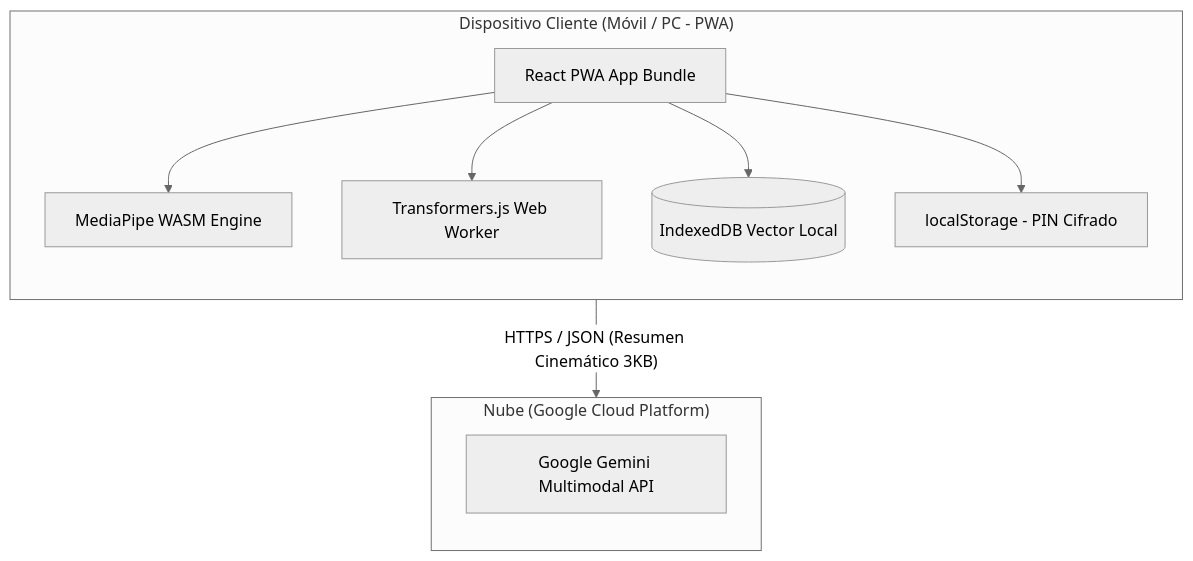
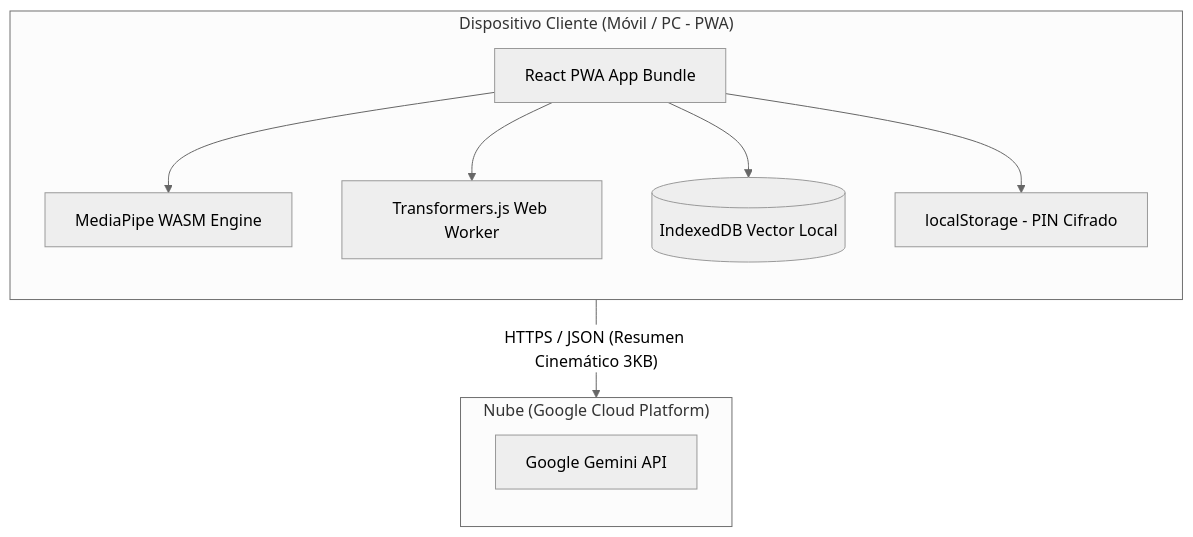
One commit to Tsmrain/Documentacion changed diagram 11 of 11 in README.md. Above: the diagram before and after it, drawn with Mermaid (neutral theme). The commit also changed other lines of this file, not shown here.

Commit message:
docs: refine documentation to clarify RAG implementation, pedagogy, and system architecture for OpenBJJ

````diff
--- a/README.md
+++ b/README.md
@@ -1173,23 +1160,23 @@
 ```mermaid
 flowchart TD
     subgraph "Dispositivo Cliente (Móvil / PC - PWA)"
         direction TB
         App[React PWA App Bundle]
         Engine3D[MediaPipe WASM Engine]
         TF[Transformers.js Web Worker]
         DB[(IndexedDB Vector Local)]
         LS[localStorage - PIN Cifrado]
     end
     
     subgraph "Nube (Google Cloud Platform)"
         direction TB
-        Gemini[Google Gemini Multimodal API]
+        Gemini[Google Gemini API]
     end
     
     App --> Engine3D
     App --> TF
     App --> DB
     App --> LS
     
     App -- "HTTPS / JSON (Resumen Cinemático 3KB)" --> Gemini
 ```
````
